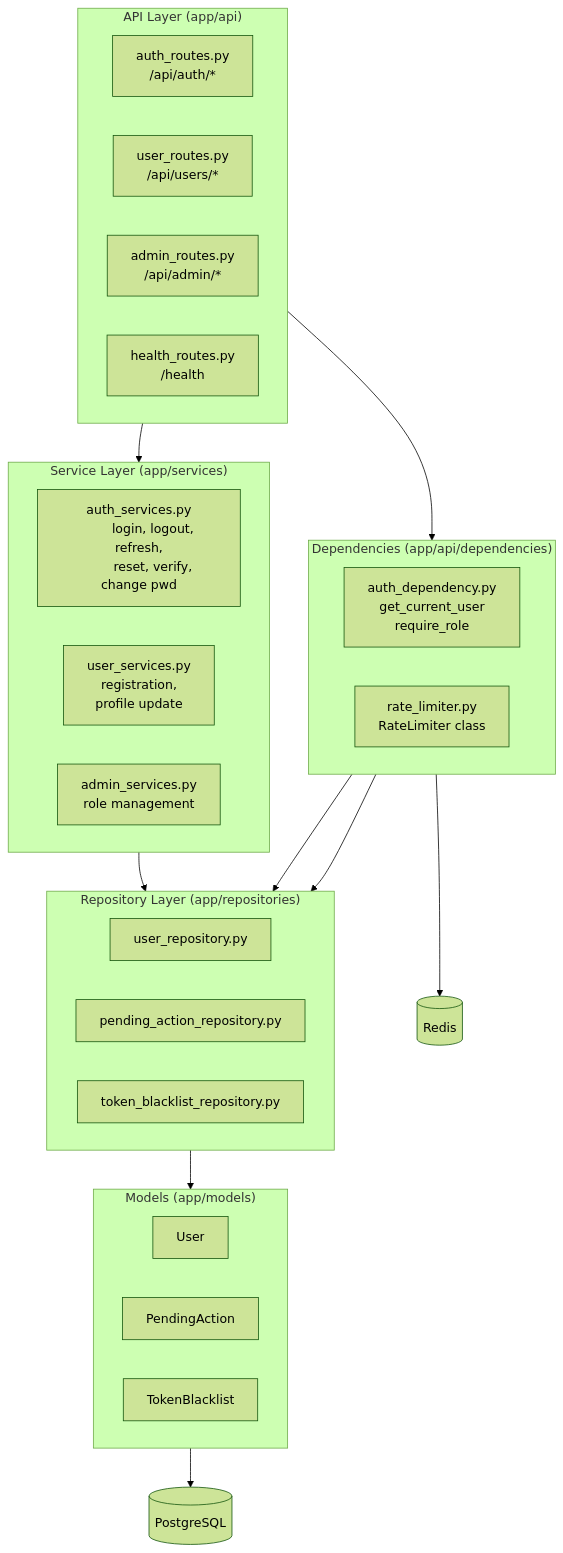
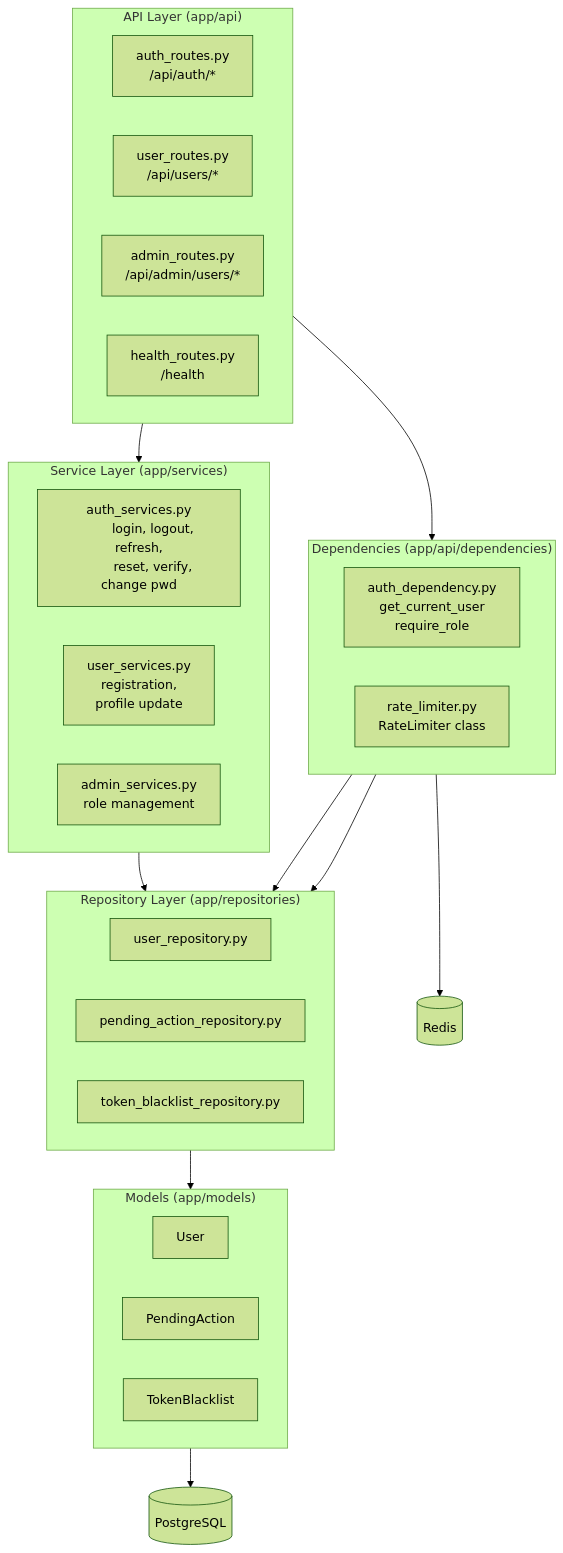
One commit to waelswaid/auth-system changed the second of 7 diagrams in docs/architecture-diagrams.md. Above: the diagram before and after it, drawn with Mermaid (forest theme). The commit also changed other lines of this file, not shown here.

Commit message:
another diagrams adjustment

````diff
--- a/docs/architecture-diagrams.md
+++ b/docs/architecture-diagrams.md
@@ -44,60 +44,60 @@
 ```mermaid
 graph TB
     subgraph API ["API Layer (app/api)"]
         direction LR
         AuthRoutes["auth_routes.py
         /api/auth/*"]
         UserRoutes["user_routes.py
         /api/users/*"]
         AdminRoutes["admin_routes.py
-        /api/admin/*"]
+        /api/admin/users/*"]
         HealthRoutes["health_routes.py
         /health"]
     end
 
     subgraph Deps ["Dependencies (app/api/dependencies)"]
         direction LR
         AuthDep["auth_dependency.py
         get_current_user
         require_role"]
         RateLimiter["rate_limiter.py
         RateLimiter class"]
     end
 
     subgraph Services ["Service Layer (app/services)"]
         direction LR
         AuthSvc["auth_services.py
         login, logout, refresh,
         reset, verify, change pwd"]
         UserSvc["user_services.py
         registration,
         profile update"]
         AdminSvc["admin_services.py
         role management"]
     end
 
     subgraph Repos ["Repository Layer (app/repositories)"]
         direction LR
         UserRepo["user_repository.py"]
         PendingRepo["pending_action_repository.py"]
         BlacklistRepo["token_blacklist_repository.py"]
     end
 
     subgraph Models ["Models (app/models)"]
         direction LR
         User["User"]
         PendingAction["PendingAction"]
         TokenBlacklist["TokenBlacklist"]
     end
 
     DB[("PostgreSQL")]
 
     API --> Deps
     API --> Services
     Services --> Repos
     Repos --> Models
     Models --> DB
     AuthDep --> BlacklistRepo
     AuthDep --> UserRepo
     RateLimiter --> Redis[("Redis")]
 ```
````
